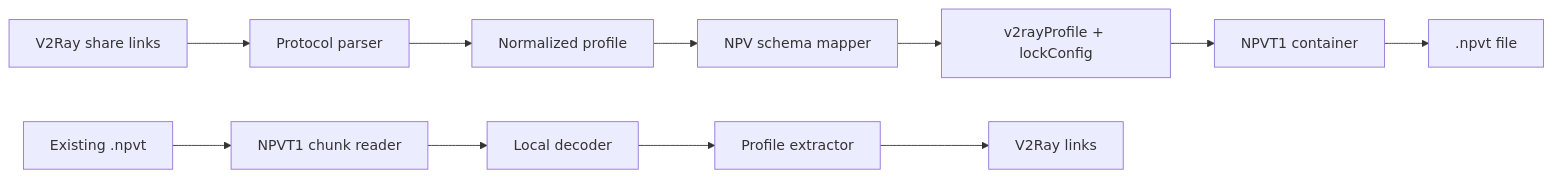
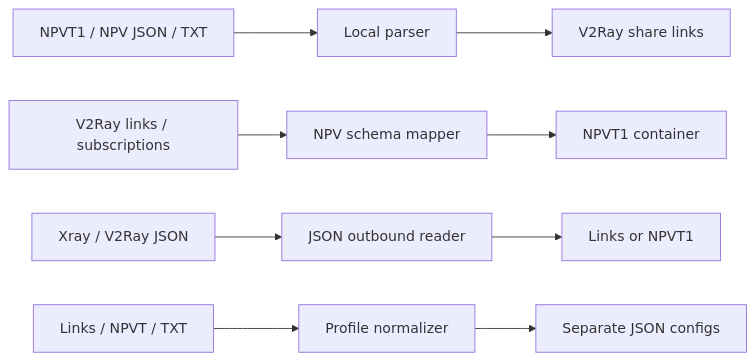
One commit to TheLouisMahdi/npvt-terminal-converter changed the first of 2 diagrams in README.md. Above: the diagram before and after it, drawn with Mermaid. The commit also changed other lines of this file, not shown here.

Commit message:
docs: update README for bidirectional JSON toolkit

````diff
--- a/README.md
+++ b/README.md
@@ -73,14 +74,14 @@
 ```mermaid
 flowchart LR
-    A[V2Ray share links] --> B[Protocol parser]
-    B --> C[Normalized profile]
-    C --> D[NPV schema mapper]
-    D --> E[v2rayProfile + lockConfig]
+    A[NPVT1 / NPV JSON / TXT] --> B[Local parser]
+    B --> C[V2Ray share links]
+
+    D[V2Ray links / subscriptions] --> E[NPV schema mapper]
     E --> F[NPVT1 container]
-    F --> G[.npvt file]
 
-    H[Existing .npvt] --> I[NPVT1 chunk reader]
-    I --> J[Local decoder]
-    J --> K[Profile extractor]
-    K --> L[V2Ray links]
+    G[Xray / V2Ray JSON] --> H[JSON outbound reader]
+    H --> I[Links or NPVT1]
+
+    J[Links / NPVT / TXT] --> K[Profile normalizer]
+    K --> L[Separate JSON configs]
 ```
````
